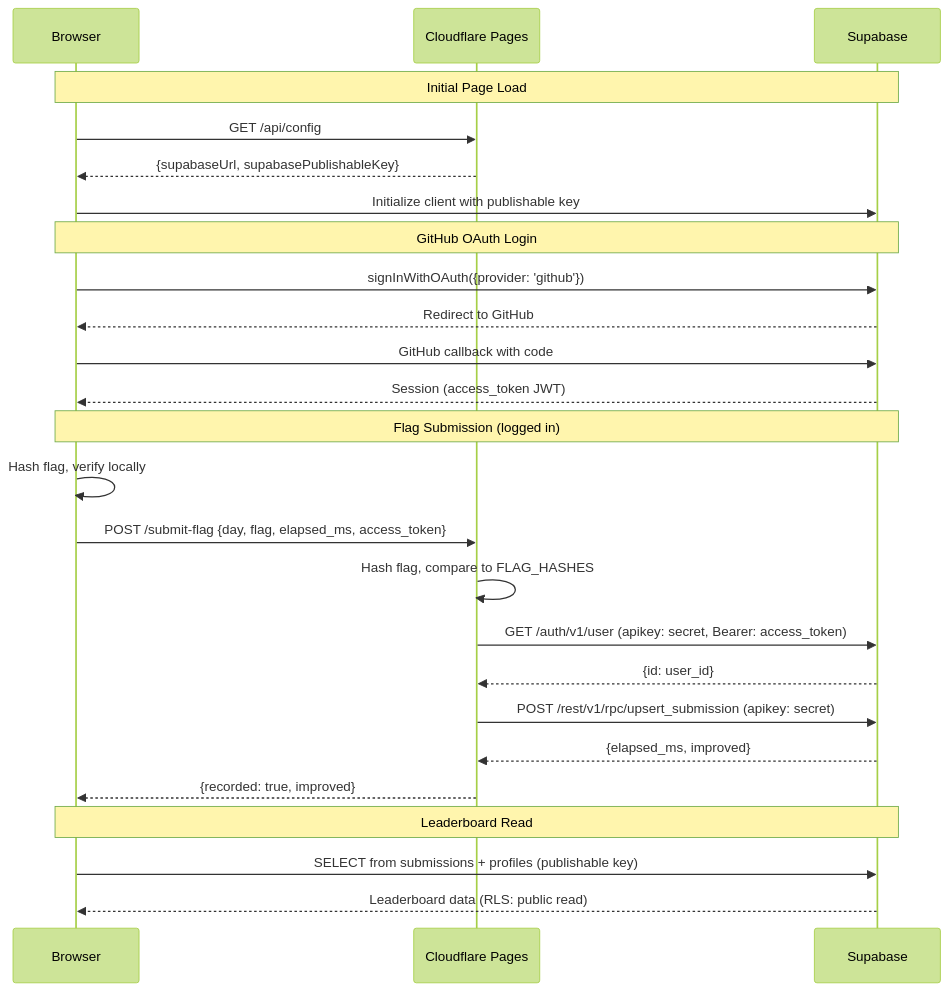
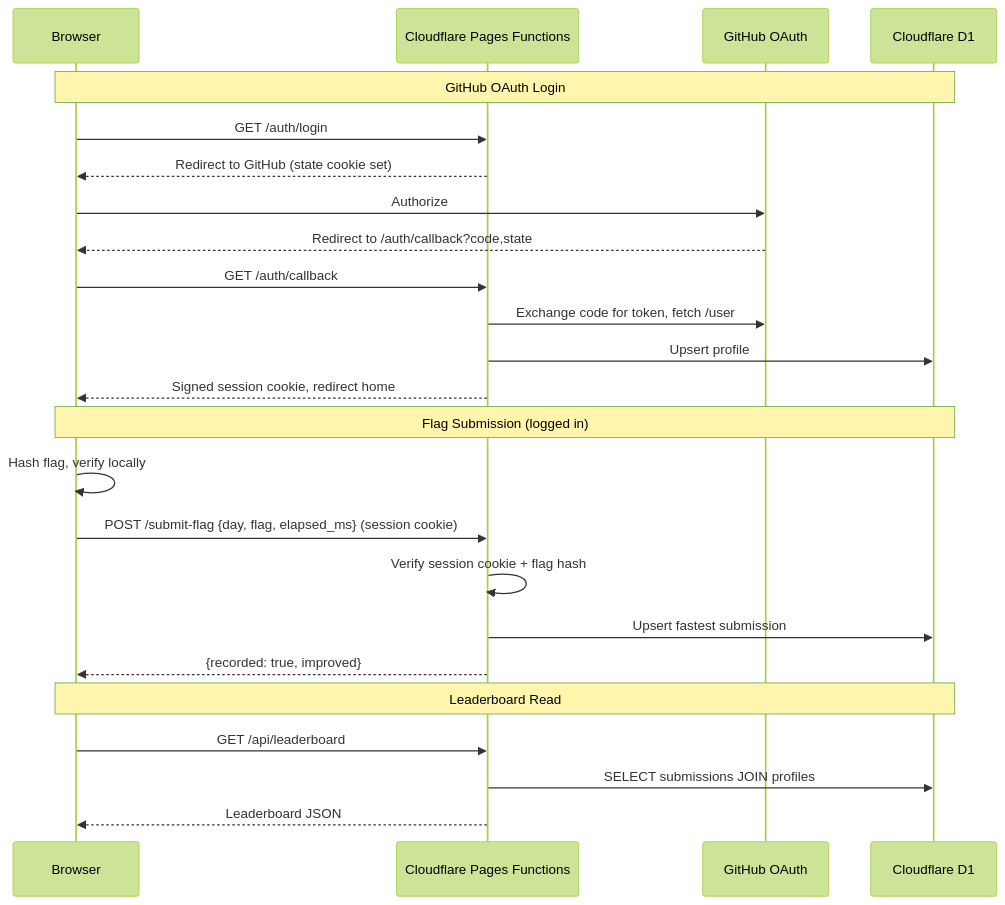
Before and after one commit to adventofkube/adventofkube: the diagram in README.md, drawn with Mermaid (forest theme). The commit also changed other lines of this file and 22 other files, not shown here.

First line of the commit message:
Replace Supabase backend with all-Cloudflare (D1 + GitHub OAuth)

````diff
--- a/README.md
+++ b/README.md
@@ -87,31 +87,29 @@
 ```mermaid
 sequenceDiagram
     participant Browser
-    participant CF as Cloudflare Pages
-    participant Supabase
+    participant CF as Cloudflare Pages Functions
+    participant GH as GitHub OAuth
+    participant D1 as Cloudflare D1
 
-    Note over Browser,Supabase: Initial Page Load
-    Browser->>CF: GET /api/config
-    CF-->>Browser: {supabaseUrl, supabasePublishableKey}
-    Browser->>Supabase: Initialize client with publishable key
+    Note over Browser,D1: GitHub OAuth Login
+    Browser->>CF: GET /auth/login
+    CF-->>Browser: Redirect to GitHub (state cookie set)
+    Browser->>GH: Authorize
+    GH-->>Browser: Redirect to /auth/callback?code,state
+    Browser->>CF: GET /auth/callback
+    CF->>GH: Exchange code for token, fetch /user
+    CF->>D1: Upsert profile
+    CF-->>Browser: Signed session cookie, redirect home
 
-    Note over Browser,Supabase: GitHub OAuth Login
-    Browser->>Supabase: signInWithOAuth({provider: 'github'})
-    Supabase-->>Browser: Redirect to GitHub
-    Browser->>Supabase: GitHub callback with code
-    Supabase-->>Browser: Session (access_token JWT)
-
-    Note over Browser,Supabase: Flag Submission (logged in)
+    Note over Browser,D1: Flag Submission (logged in)
     Browser->>Browser: Hash flag, verify locally
-    Browser->>CF: POST /submit-flag {day, flag, elapsed_ms, access_token}
-    CF->>CF: Hash flag, compare to FLAG_HASHES
-    CF->>Supabase: GET /auth/v1/user (apikey: secret, Bearer: access_token)
-    Supabase-->>CF: {id: user_id}
-    CF->>Supabase: POST /rest/v1/rpc/upsert_submission (apikey: secret)
-    Supabase-->>CF: {elapsed_ms, improved}
+    Browser->>CF: POST /submit-flag {day, flag, elapsed_ms} (session cookie)
+    CF->>CF: Verify session cookie + flag hash
+    CF->>D1: Upsert fastest submission
     CF-->>Browser: {recorded: true, improved}
 
-    Note over Browser,Supabase: Leaderboard Read
-    Browser->>Supabase: SELECT from submissions + profiles (publishable key)
-    Supabase-->>Browser: Leaderboard data (RLS: public read)
+    Note over Browser,D1: Leaderboard Read
+    Browser->>CF: GET /api/leaderboard
+    CF->>D1: SELECT submissions JOIN profiles
+    CF-->>Browser: Leaderboard JSON
 ```
````
